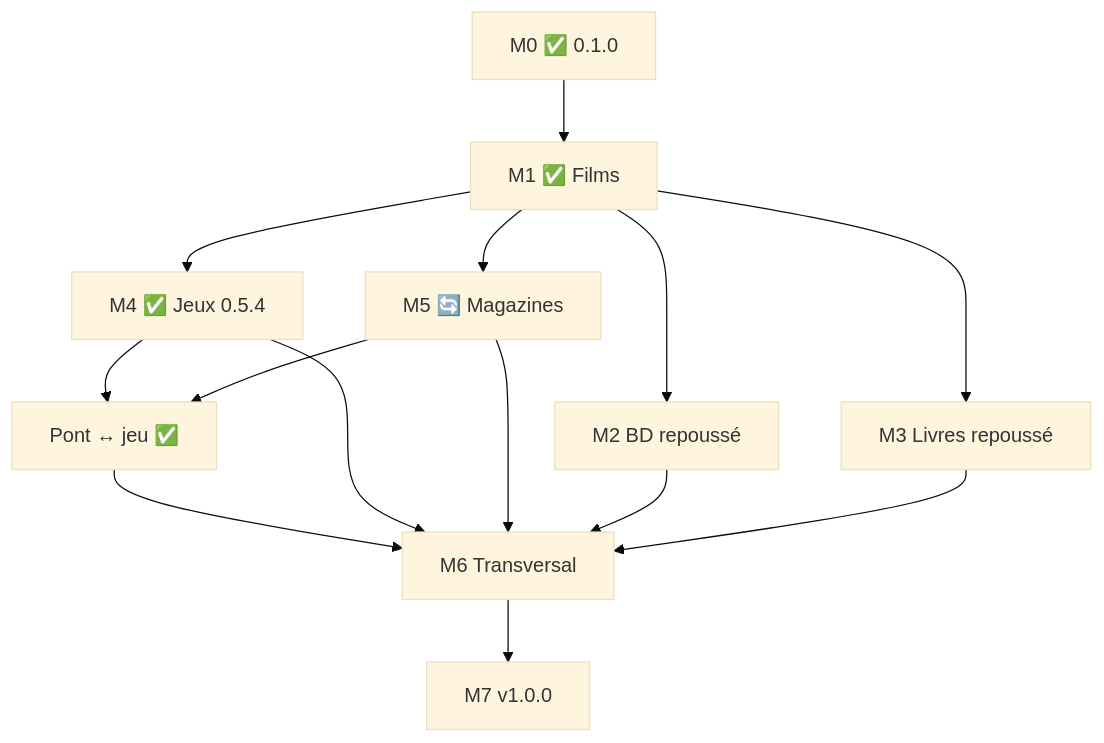
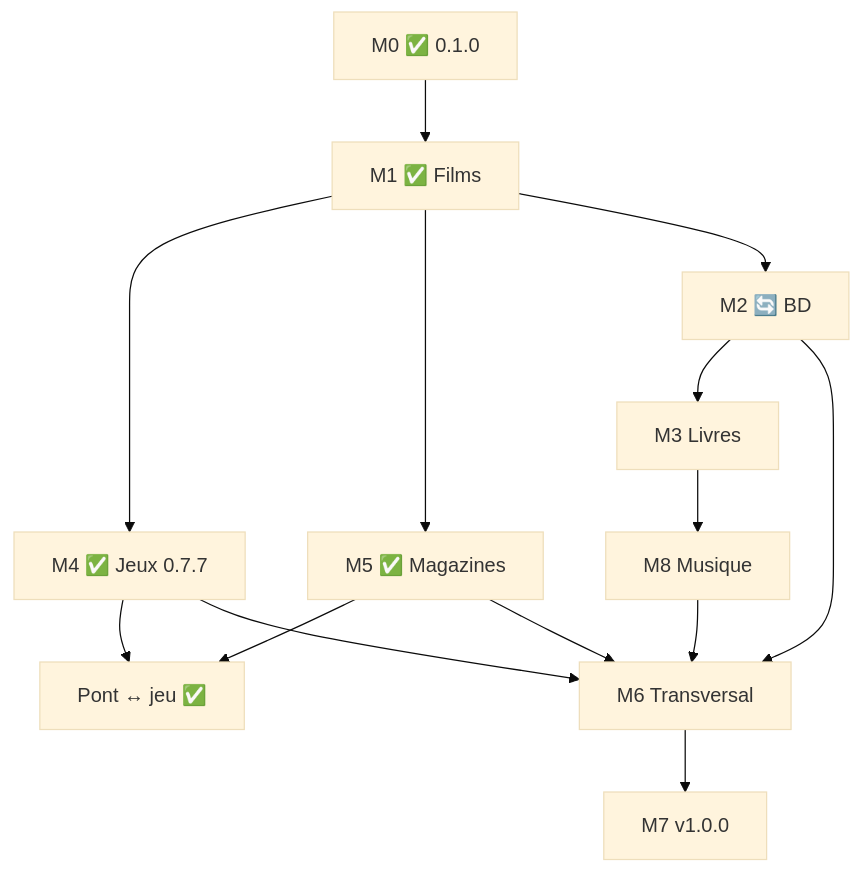
The second of 2 diagrams in ROADMAP.md (daryl40000/mediatheque), drawn with Mermaid (base theme) before and after one commit. The commit also changed other lines of this file and 39 other files, not shown here.

First line of the commit message:
Version 0.7.8 — onglets Musique/Livres placeholder, refactor BD et magazines, fix navigation.

````diff
--- a/ROADMAP.md
+++ b/ROADMAP.md
@@ -391,16 +469,16 @@
 ```mermaid
 flowchart TB
   M0[M0 ✅ 0.1.0] --> M1[M1 ✅ Films]
-  M1 --> M4[M4 ✅ Jeux 0.5.4]
-  M1 --> M5[M5 🔄 Magazines]
+  M1 --> M4[M4 ✅ Jeux 0.7.7]
+  M1 --> M5[M5 ✅ Magazines]
   M4 --> XPont[Pont ↔ jeu ✅]
   M5 --> XPont
-  XPont --> M6[M6 Transversal]
+  M1 --> M2[M2 🔄 BD]
+  M2 --> M3[M3 Livres]
+  M3 --> M8[M8 Musique]
+  M8 --> M6[M6 Transversal]
   M4 --> M6
   M5 --> M6
-  M1 --> M2[M2 BD repoussé]
-  M1 --> M3[M3 Livres repoussé]
   M2 --> M6
-  M3 --> M6
   M6 --> M7[M7 v1.0.0]
 ```
````
